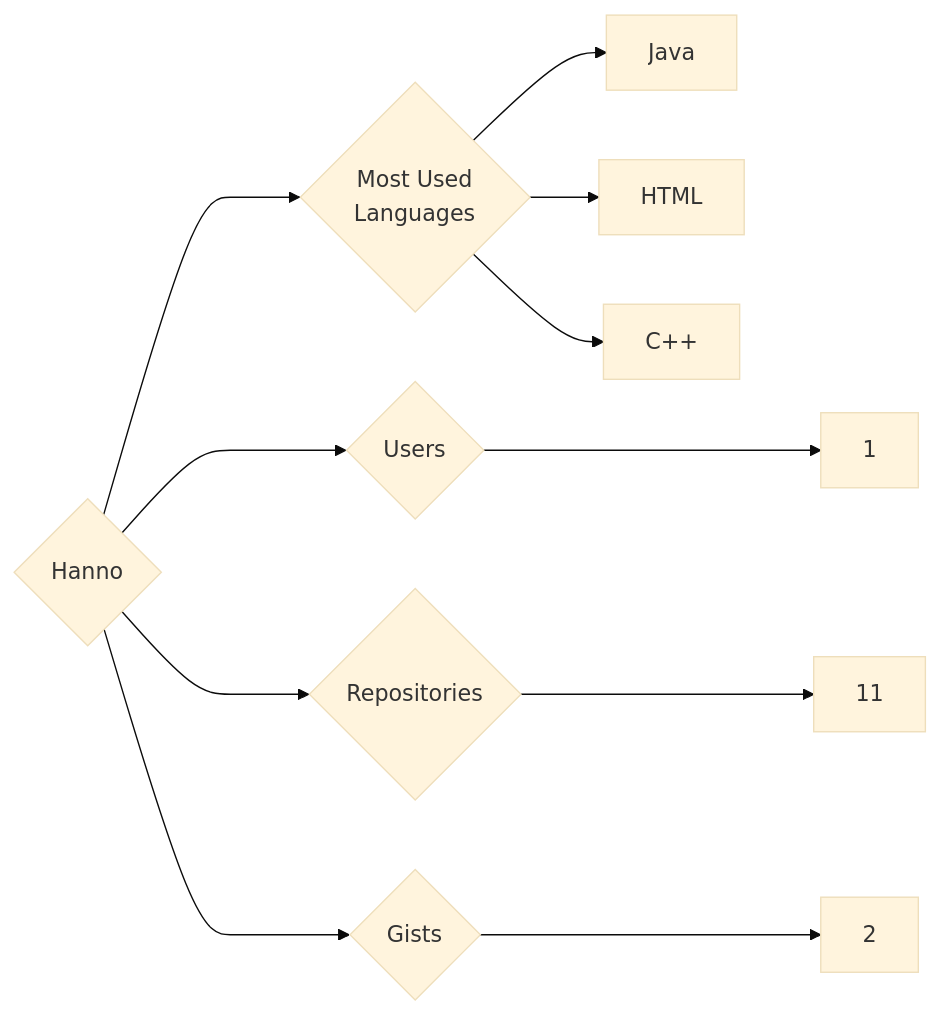
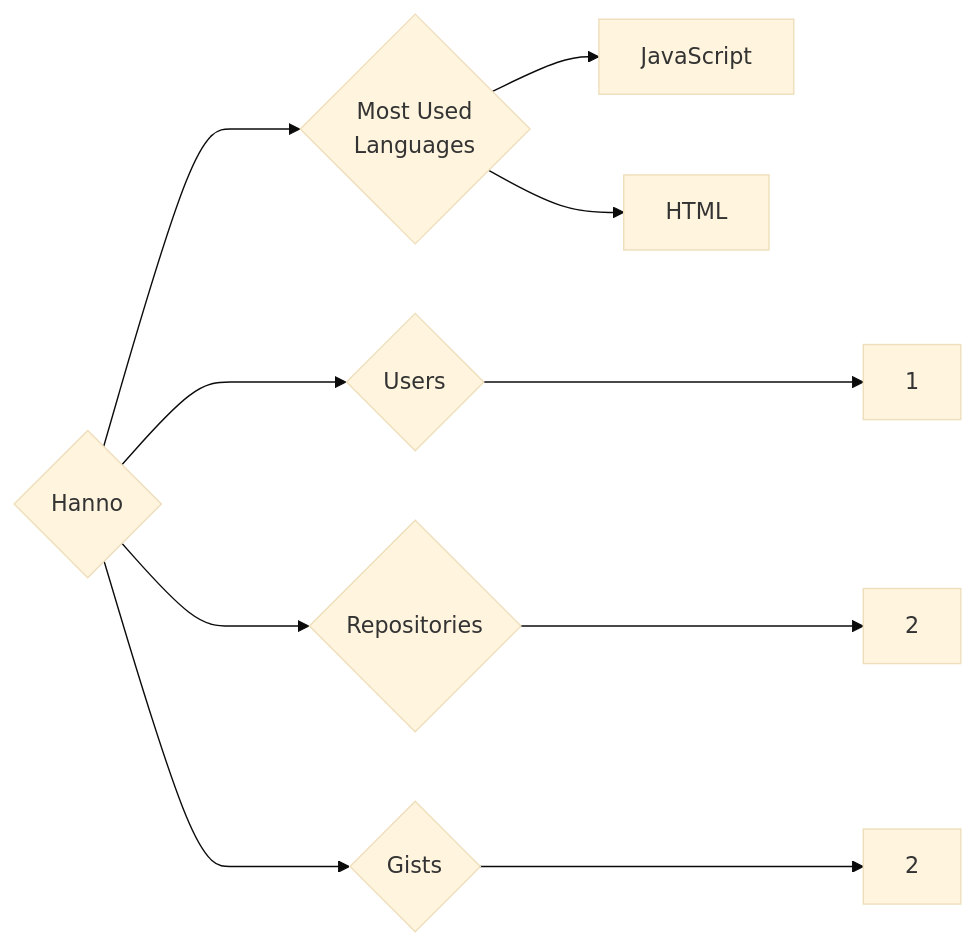
The diagram in targets/Hanno/README.md (trickest/insiders), drawn with Mermaid (base theme) before and after one commit. The commit also changed 845 other files, not shown here.

````diff
--- a/targets/Hanno/README.md
+++ b/targets/Hanno/README.md
@@ -3,11 +3,10 @@
 ```mermaid
 graph LR
 COMPANY_NAME{Hanno}
 COMPANY_NAME ---> U{Users} ---> UN[1]
-COMPANY_NAME ---> R{Repositories} ---> RN[11]
+COMPANY_NAME ---> R{Repositories} ---> RN[2]
 COMPANY_NAME ---> G{Gists} ---> GN[2]
 COMPANY_NAME ---> ML{Most Used<br>Languages}
-ML --> Java[Java]
+ML --> JavaScript[JavaScript]
 ML --> HTML[HTML]
-ML --> C++[C++]
 ```
````
